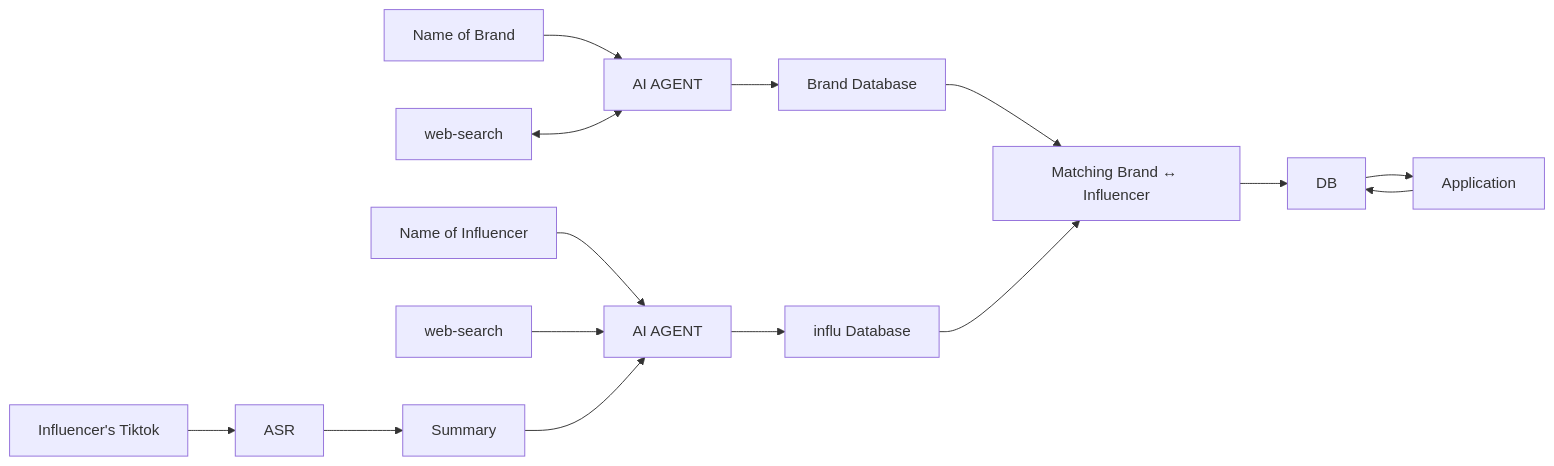
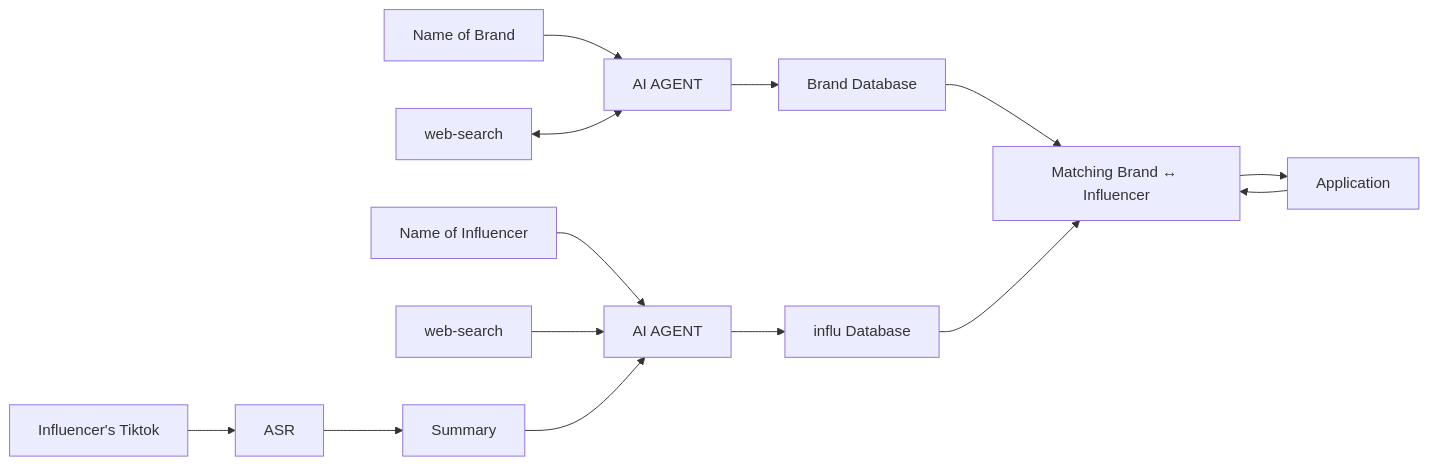
Before and after one commit to Ink6220/brand_influencer_matcher_AI: the diagram in README.md, drawn with Mermaid.

Commit message:
Update README.md
config flow mermaid

````diff
--- a/README.md
+++ b/README.md
@@ -68,24 +68,23 @@
 ```mermaid
 flowchart LR
     %% Brand Flow
     Brand[Name of Brand] --> AIAgentBrand[AI AGENT]
     WebSearch1[web-search] <--> AIAgentBrand
     AIAgentBrand --> BrandDB[Brand Database]
 
     %% Influencer Flow
     Influencer[Name of Influencer] --> AIAgentInflu[AI AGENT]
     WebSearch2[web-search] --> AIAgentInflu
     Summary --> AIAgentInflu
     AIAgentInflu --> InfluDB[influ Database]
 
     %% TikTok + ASR
     TikTok[Influencer's Tiktok] --> ASR
     ASR --> Summary
 
     %% Matching + DB
     BrandDB --> Matching[Matching Brand ↔ Influencer]
     InfluDB --> Matching
-    Matching --> DB
-    DB --> Application
-    Application --> DB
+    Matching --> Application
+    Application --> Matching
 ```
````
